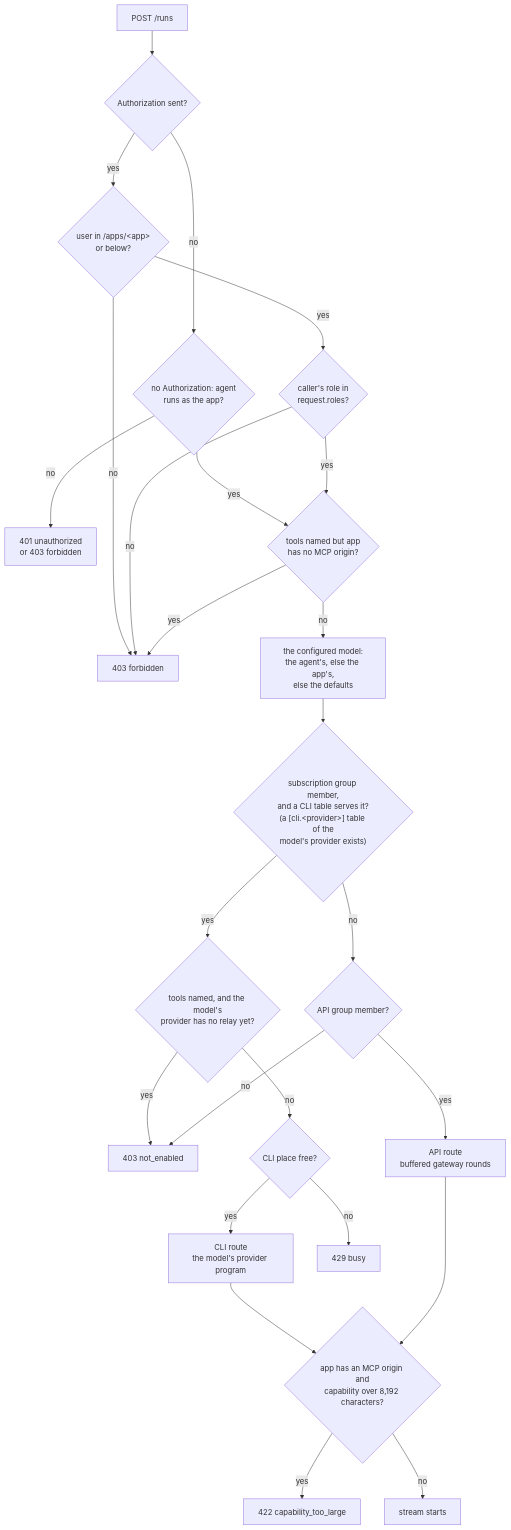
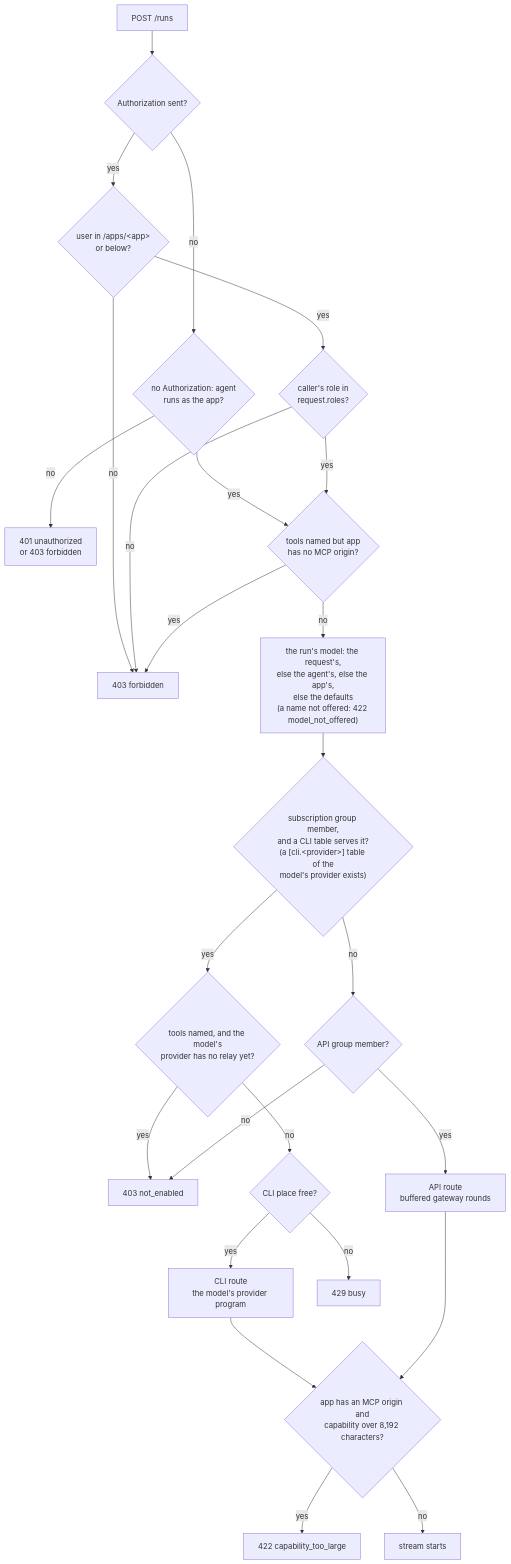
The second of 3 diagrams in docs/ARCHITECTURE.md (overnightworks/agent-runtime), drawn with Mermaid before and after one commit. The commit also changed other lines of this file and 7 other files, not shown here.

First line of the commit message:
Document protocol 5 and the model-per-run ruling (#630, slice 1 of #623)

````diff
--- a/docs/ARCHITECTURE.md
+++ b/docs/ARCHITECTURE.md
@@ -64,27 +65,27 @@
 ```mermaid
 flowchart TB
     request["POST /runs"] --> credential{"Authorization sent?"}
     credential -->|no| own{"no Authorization: agent<br/>runs as the app?"}
     own -->|no| refused["401 unauthorized<br/>or 403 forbidden"]
     own -->|yes| tools
     credential -->|yes| gate{"user in /apps/&lt;app&gt;<br/>or below?"}
     gate -->|no| forbidden["403 forbidden"]
     gate -->|yes| role{"caller's role in<br/>request.roles?"}
     role -->|no| forbidden
     role -->|yes| tools{"tools named but app<br/>has no MCP origin?"}
     tools -->|yes| forbidden
-    tools -->|no| model["the configured model:<br/>the agent's, else the app's,<br/>else the defaults"]
+    tools -->|no| model["the run's model: the request's,<br/>else the agent's, else the app's,<br/>else the defaults<br/>(a name not offered: 422 model_not_offered)"]
     model --> subscription{"subscription group member,<br/>and a CLI table serves it?<br/>(a [cli.&lt;provider&gt;] table of the<br/>model's provider exists)"}
     subscription -->|yes| relay{"tools named, and the model's<br/>provider has no relay yet?"}
     relay -->|yes| notenabled
     relay -->|no| slot{"CLI place free?"}
     slot -->|yes| cli["CLI route<br/>the model's provider program"]
     slot -->|no| busy["429 busy"]
     subscription -->|no| api{"API group member?"}
     api -->|yes| paid["API route<br/>buffered gateway rounds"]
     api -->|no| notenabled["403 not_enabled"]
     cli --> size{"app has an MCP origin and<br/>capability over 8,192 characters?"}
     paid --> size
     size -->|yes| toolarge["422 capability_too_large"]
     size -->|no| run["stream starts"]
 ```
````
